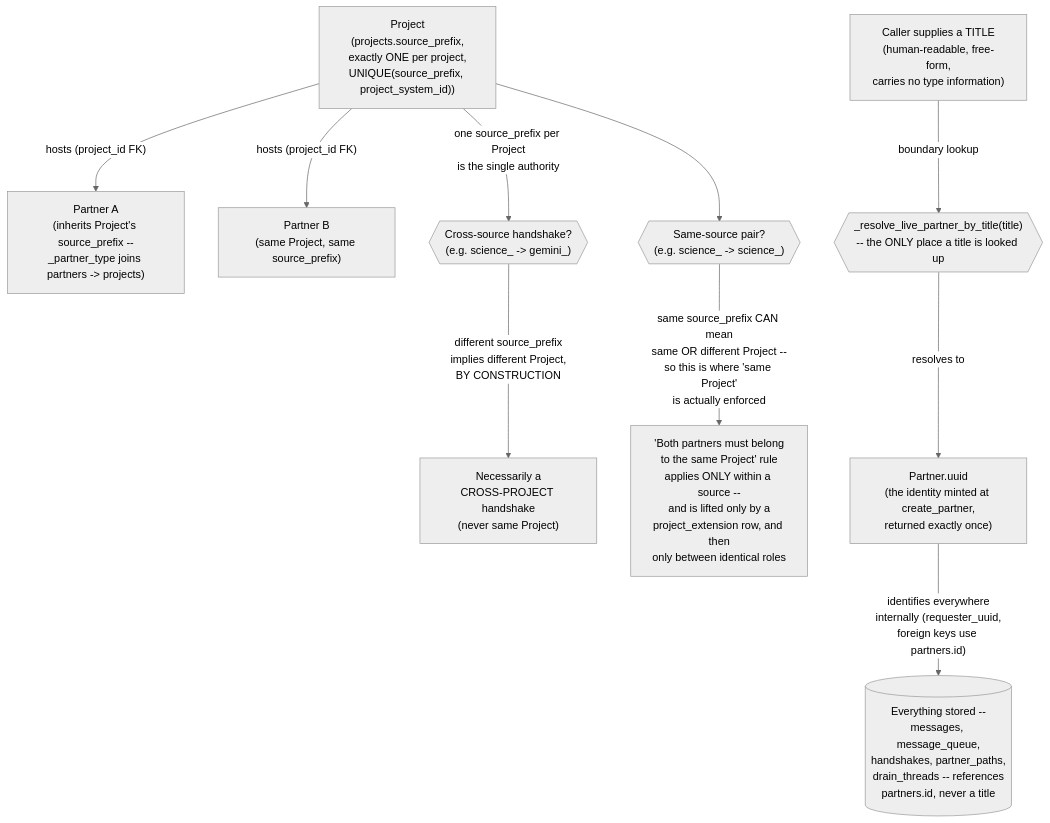
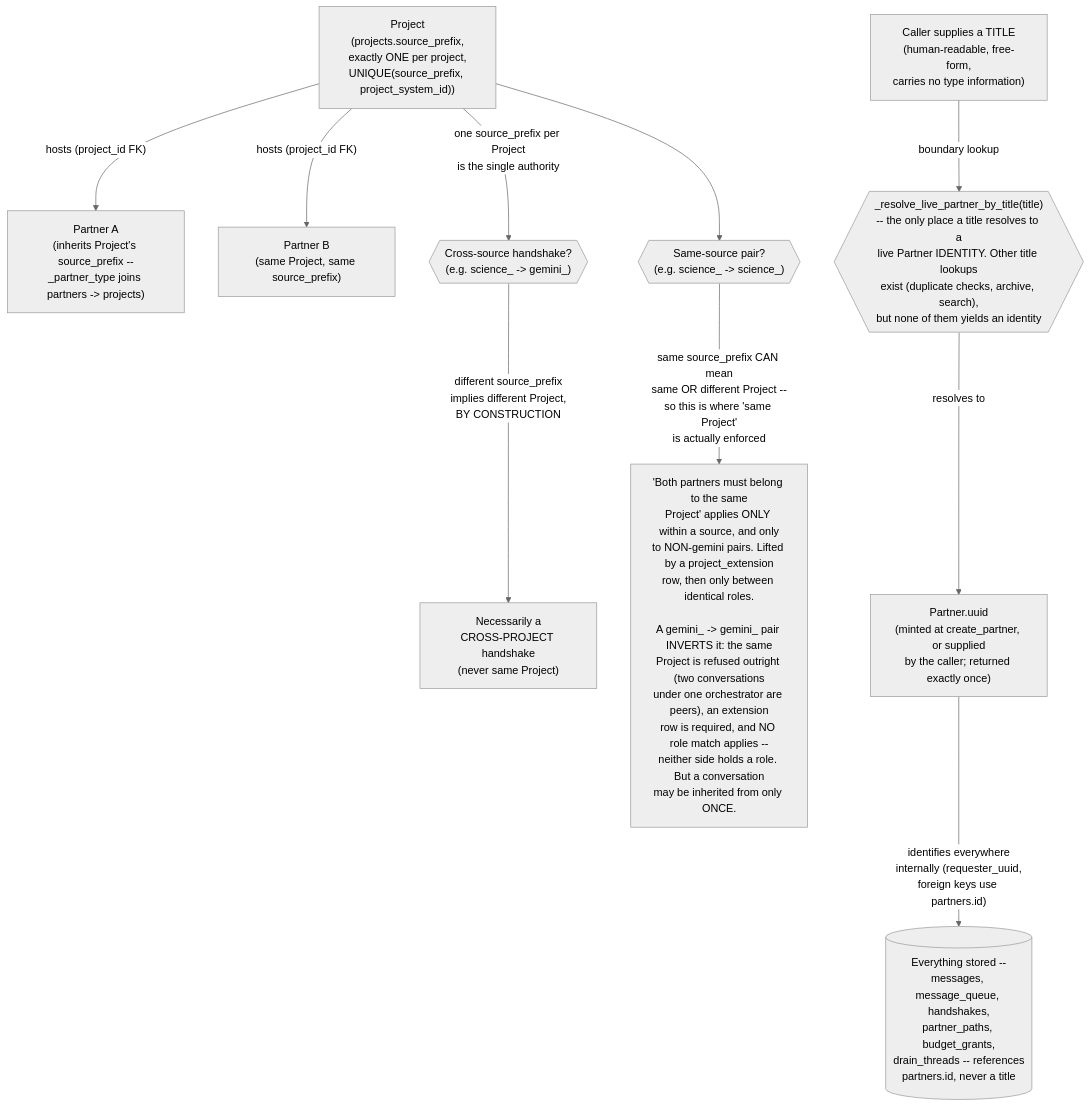
The diagram in visualizations/09-identity-and-addressing.mmd (CSScientist123/agent-messaging-mcp-server), drawn with Mermaid (neutral theme) before and after one commit. The commit also changed 26 other files, not shown here.

First line of the commit message:
docs: sync all ten diagrams to the code, and make the drift mechanical

```diff
--- a/visualizations/09-identity-and-addressing.mmd
+++ b/visualizations/09-identity-and-addressing.mmd
@@ -1,29 +1,29 @@
 %% 09-identity-and-addressing.mmd
 %% A Project has exactly one source_prefix; Partners inherit it. Titles address
 %% at the boundary only and resolve to a UUID; everything stored inside the
 %% system references identity (uuid / partner id), never a title.
 flowchart TB
 
     PROJ["Project\n(projects.source_prefix,\nexactly ONE per project,\nUNIQUE(source_prefix, project_system_id))"]
 
     PART_A["Partner A\n(inherits Project's source_prefix --\n_partner_type joins partners -> projects)"]
     PART_B["Partner B\n(same Project, same source_prefix)"]
 
     PROJ -->|"hosts (project_id FK)"| PART_A
     PROJ -->|"hosts (project_id FK)"| PART_B
 
     CALLERTITLE["Caller supplies a TITLE\n(human-readable, free-form,\ncarries no type information)"]
-    RESOLVE{{"_resolve_live_partner_by_title(title)\n-- the ONLY place a title is looked up"}}
-    UUID["Partner.uuid\n(the identity minted at create_partner,\nreturned exactly once)"]
+    RESOLVE{{"_resolve_live_partner_by_title(title)\n-- the only place a title resolves to a\nlive Partner IDENTITY. Other title lookups\nexist (duplicate checks, archive, search),\nbut none of them yields an identity"}}
+    UUID["Partner.uuid\n(minted at create_partner, or supplied\nby the caller; returned exactly once)"]
 
     CALLERTITLE -->|"boundary lookup"| RESOLVE
     RESOLVE -->|"resolves to"| UUID
-    UUID -->|"identifies everywhere\ninternally (requester_uuid,\nforeign keys use partners.id)"| STORED[("Everything stored --\nmessages, message_queue,\nhandshakes, partner_paths,\ndrain_threads -- references\npartners.id, never a title")]
+    UUID -->|"identifies everywhere\ninternally (requester_uuid,\nforeign keys use partners.id)"| STORED[("Everything stored --\nmessages, message_queue, handshakes,\npartner_paths, budget_grants,\ndrain_threads -- references\npartners.id, never a title")]
 
     CROSSSRC{{"Cross-source handshake?\n(e.g. science_ -> gemini_)"}}
     PROJ -->|"one source_prefix per Project\nis the single authority"| CROSSSRC
     CROSSSRC -->|"different source_prefix\nimplies different Project,\nBY CONSTRUCTION"| CROSSPROJ["Necessarily a\nCROSS-PROJECT handshake\n(never same Project)"]
 
     SAMESRC{{"Same-source pair?\n(e.g. science_ -> science_)"}}
     PROJ --> SAMESRC
-    SAMESRC -->|"same source_prefix CAN mean\nsame OR different Project --\nso this is where 'same Project'\nis actually enforced"| SAMEPROJRULE["'Both partners must belong\nto the same Project' rule\napplies ONLY within a source --\nand is lifted only by a\nproject_extension row, and then\nonly between identical roles"]
+    SAMESRC -->|"same source_prefix CAN mean\nsame OR different Project --\nso this is where 'same Project'\nis actually enforced"| SAMEPROJRULE["'Both partners must belong to the same\nProject' applies ONLY within a source, and only\nto NON-gemini pairs. Lifted by a project_extension\nrow, then only between identical roles.\n\nA gemini_ -> gemini_ pair INVERTS it: the same\nProject is refused outright (two conversations\nunder one orchestrator are peers), an extension\nrow is required, and NO role match applies --\nneither side holds a role. But a conversation\nmay be inherited from only ONCE."]
```
